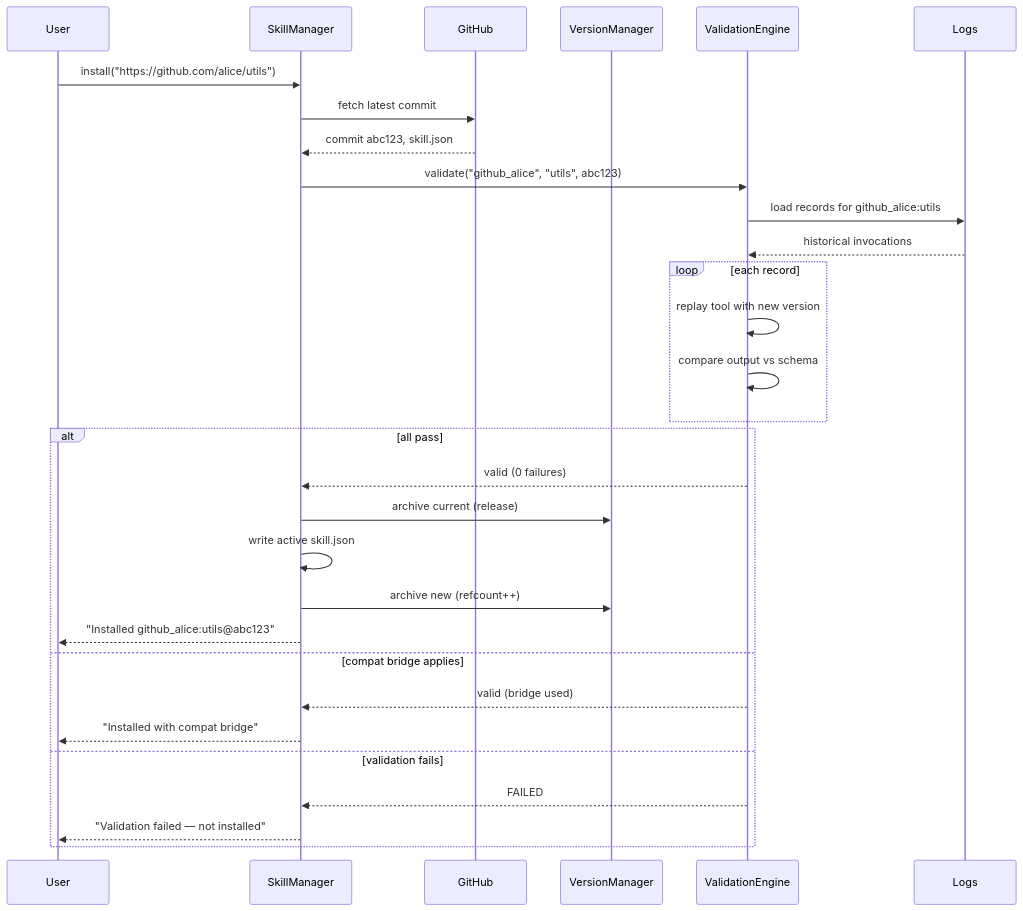
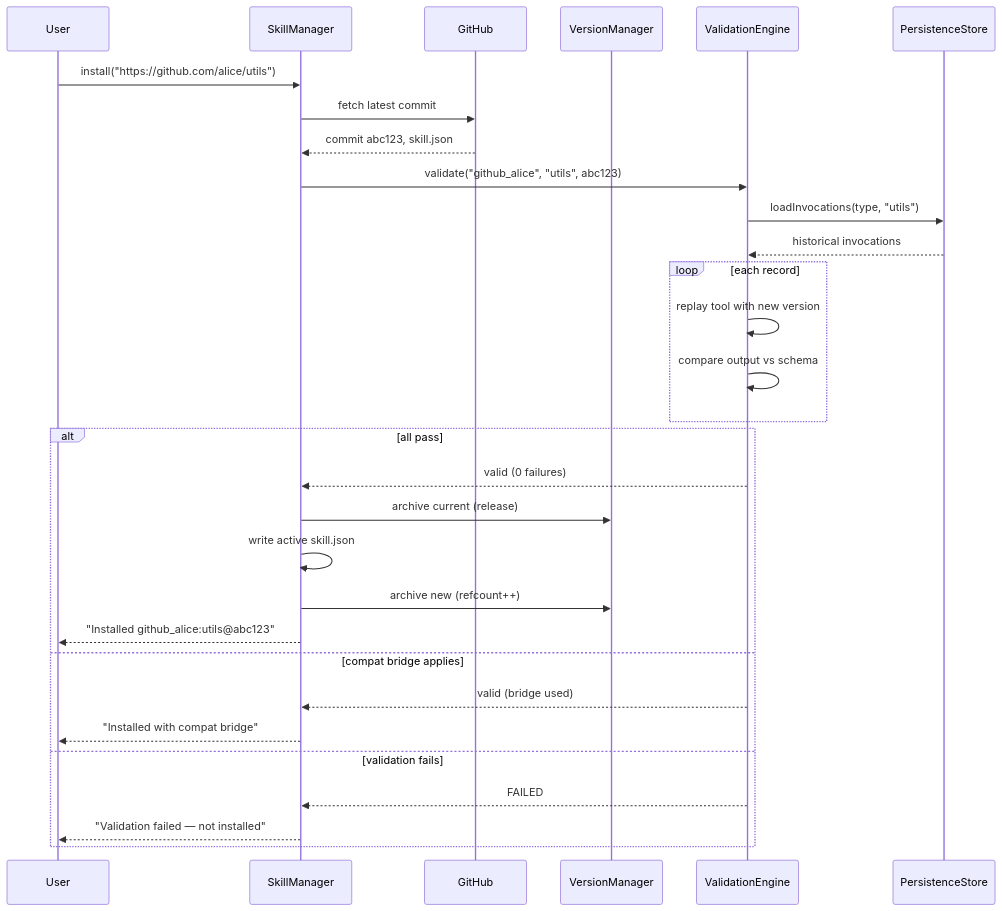
Before and after one commit to opensassi/a0: the second of 4 diagrams in src/skills/technical-specification.md, drawn with Mermaid. The commit also changed other lines of this file and 33 other files, not shown here.

````diff
--- a/src/skills/technical-specification.md
+++ b/src/skills/technical-specification.md
@@ -514,33 +517,33 @@
 ```mermaid
 sequenceDiagram
     participant User
     participant SM as SkillManager
     participant GH as GitHub
     participant VM as VersionManager
     participant VE as ValidationEngine
-    participant LOG as Logs
+    participant PS as PersistenceStore
 
     User->>SM: install("https://github.com/alice/utils")
     SM->>GH: fetch latest commit
     GH-->>SM: commit abc123, skill.json
     SM->>VE: validate("github_alice", "utils", abc123)
-    VE->>LOG: load records for github_alice:utils
-    LOG-->>VE: historical invocations
+    VE->>PS: loadInvocations(type, "utils")
+    PS-->>VE: historical invocations
     loop each record
         VE->>VE: replay tool with new version
         VE->>VE: compare output vs schema
     end
     alt all pass
         VE-->>SM: valid (0 failures)
         SM->>VM: archive current (release)
         SM->>SM: write active skill.json
         SM->>VM: archive new (refcount++)
         SM-->>User: "Installed github_alice:utils@abc123"
     else compat bridge applies
         VE-->>SM: valid (bridge used)
         SM-->>User: "Installed with compat bridge"
     else validation fails
         VE-->>SM: FAILED
         SM-->>User: "Validation failed — not installed"
     end
 ```
````
